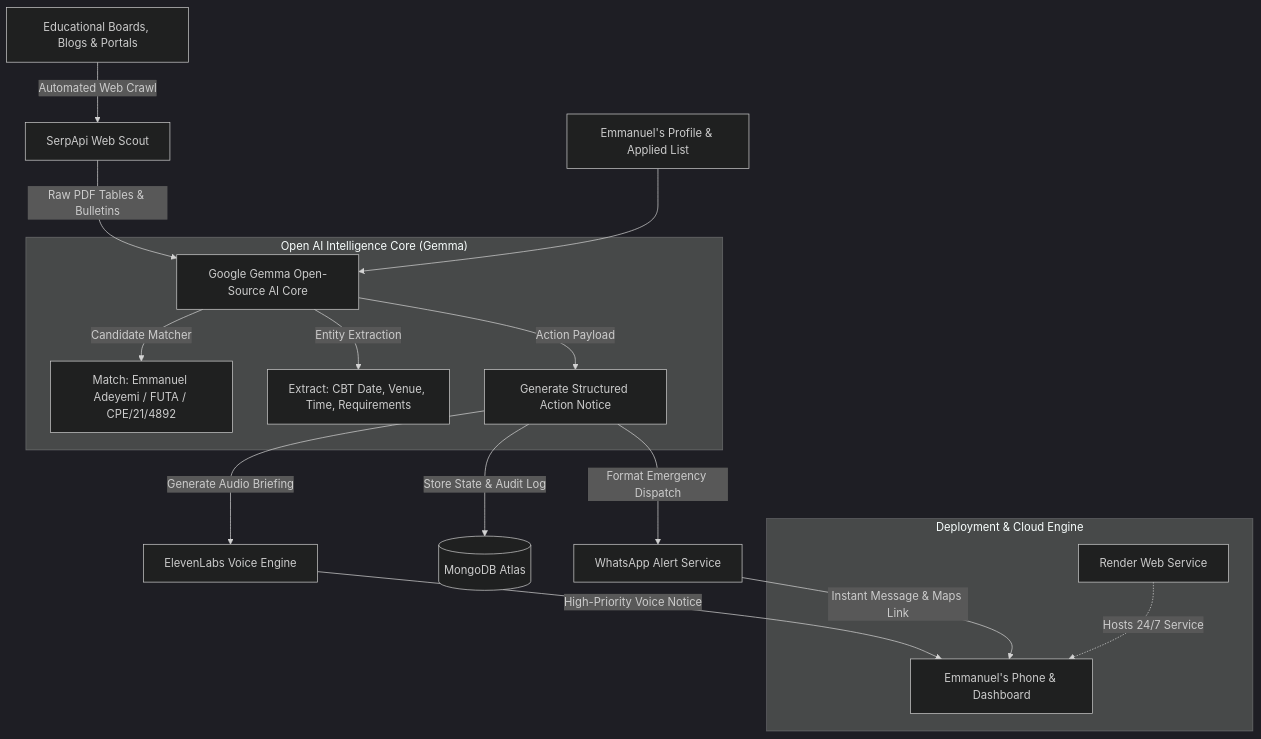
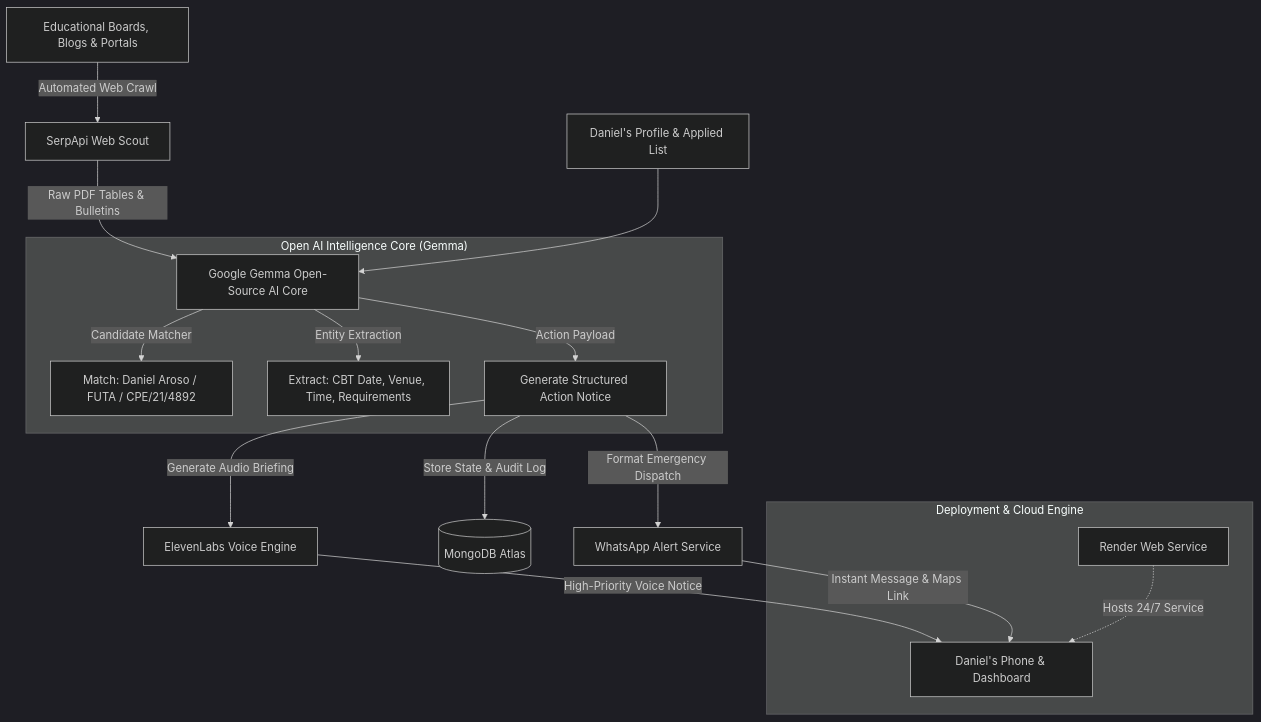
The diagram in README.md (emarc99/scholarsentinel), drawn with Mermaid (dark theme) before and after one commit. The commit also changed other lines of this file and 9 other files, not shown here.

Commit message:
fix: update brother name to Daniel Aroso and clean header HUD partner badges

````diff
--- a/README.md
+++ b/README.md
@@ -32,23 +32,23 @@
 ```mermaid
 graph TD
     A[Educational Boards, Blogs & Portals] -->|Automated Web Crawl| B[SerpApi Web Scout]
     B -->|Raw PDF Tables & Bulletins| C[Google Gemma Open-Source AI Core]
-    P[Emmanuel's Profile & Applied List] --> C
+    P[Daniel's Profile & Applied List] --> C
     
     subgraph "Open AI Intelligence Core (Gemma)"
-        C -->|Candidate Matcher| C1[Match: Emmanuel Adeyemi / FUTA / CPE/21/4892]
+        C -->|Candidate Matcher| C1[Match: Daniel Aroso / FUTA / CPE/21/4892]
         C -->|Entity Extraction| C2[Extract: CBT Date, Venue, Time, Requirements]
         C -->|Action Payload| C3[Generate Structured Action Notice]
     end
     
     C3 -->|Store State & Audit Log| D[(MongoDB Atlas)]
     C3 -->|Generate Audio Briefing| E[ElevenLabs Voice Engine]
     C3 -->|Format Emergency Dispatch| F[WhatsApp Alert Service]
     
-    E -->|High-Priority Voice Notice| G[Emmanuel's Phone & Dashboard]
+    E -->|High-Priority Voice Notice| G[Daniel's Phone & Dashboard]
     F -->|Instant Message & Maps Link| G
     
     subgraph "Deployment & Cloud Engine"
         H[Render Web Service] -.->|Hosts 24/7 Service| G
     end
 ```
````
